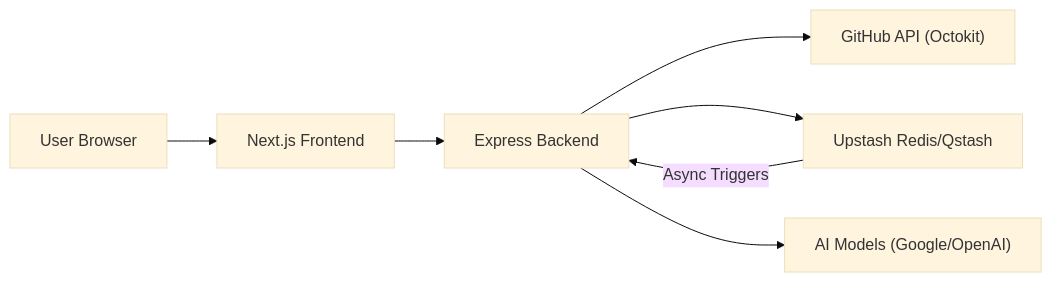
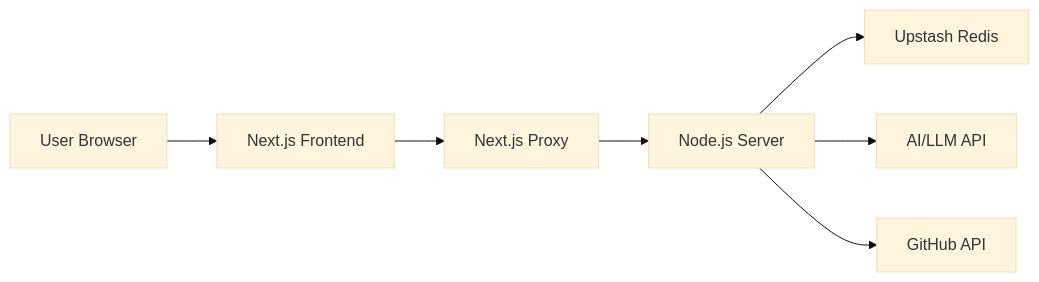
Before and after one commit to shinymacktest/gitdex-docs: the diagram in docs/shinymack/gitdex/2_system-architecture.mdx, drawn with Mermaid (base theme). The commit also changed other lines of this file and 31 other files, not shown here.

````diff
--- a/docs/shinymack/gitdex/2_system-architecture.mdx
+++ b/docs/shinymack/gitdex/2_system-architecture.mdx
@@ -26,9 +27,9 @@
 ```mermaid
 graph LR
-    User["User Browser"] --> Client["Next.js Frontend"]
-    Client --> Server["Express Backend"]
-    Server --> GitHub["GitHub API (Octokit)"]
-    Server --> Redis["Upstash Redis/Qstash"]
-    Server --> LLM["AI Models (Google/OpenAI)"]
-    Redis -- "Async Triggers" --> Server
+    User["User Browser"] --> NextJS["Next.js Frontend"]
+    NextJS --> Proxy["Next.js Proxy"]
+    Proxy --> Express["Node.js Server"]
+    Express --> Redis["Upstash Redis"]
+    Express --> AI["AI/LLM API"]
+    Express --> GH["GitHub API"]
 ```
````
